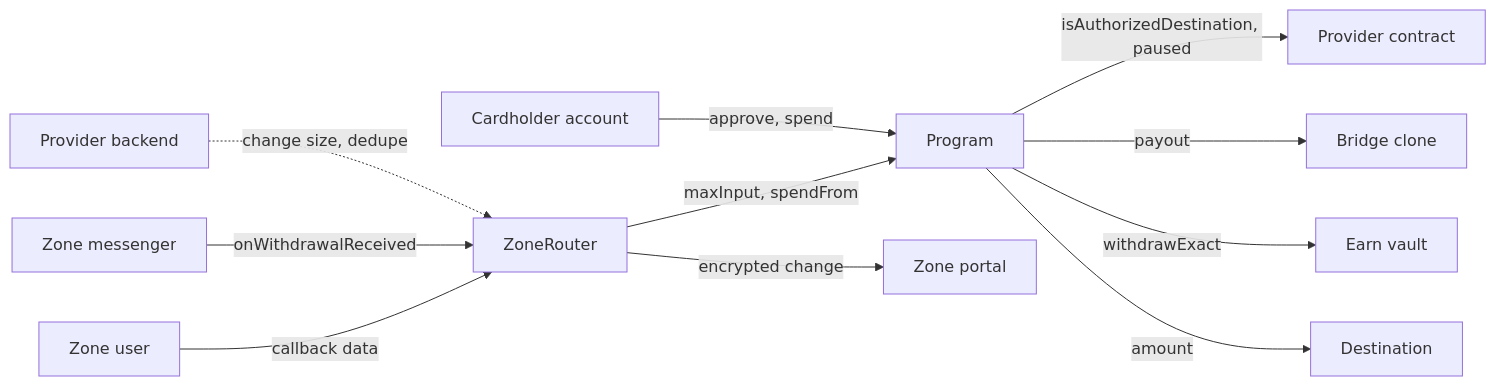
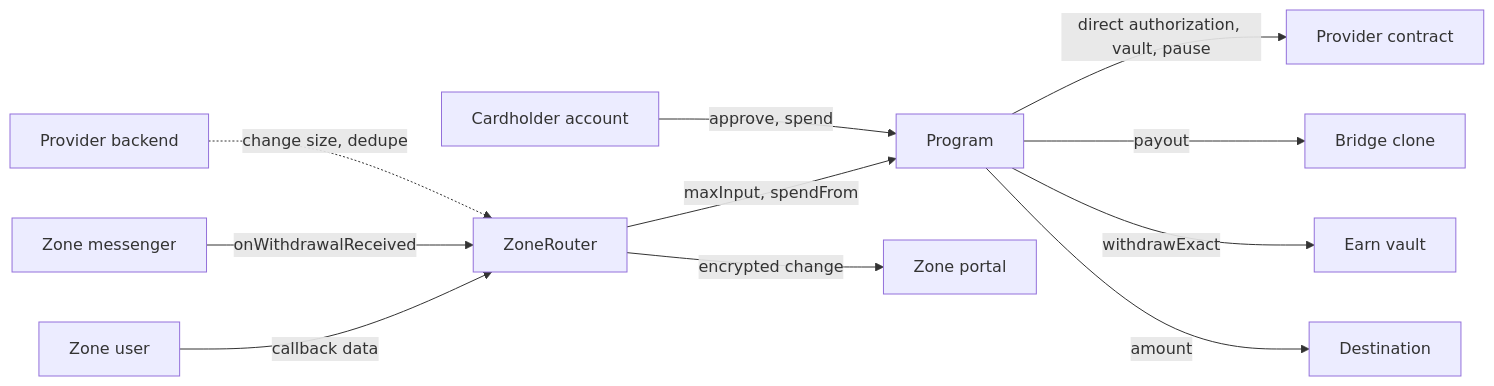
Before and after one commit to tempoxyz/contracts: the second of 3 diagrams in docs/threat-models/card-spend.md, drawn with Mermaid. The commit also changed other lines of this file, not shown here.

Commit message:
docs(threat-model): [card-spend] correct provider authority and settlement

````diff
--- a/docs/threat-models/card-spend.md
+++ b/docs/threat-models/card-spend.md
@@ -157,13 +161,13 @@
 ```mermaid
 flowchart LR
   ZU["Zone user"] -->|"callback data"| RT["ZoneRouter"]
   MS["Zone messenger"] -->|"onWithdrawalReceived"| RT
   RT -->|"maxInput, spendFrom"| CS["Program"]
   CA["Cardholder account"] -->|"approve, spend"| CS
-  CS -->|"isAuthorizedDestination, paused"| PV["Provider contract"]
+  CS -->|"direct authorization, vault, pause"| PV["Provider contract"]
   CS -->|"payout"| PT["Bridge clone"]
   CS -->|"withdrawExact"| EV["Earn vault"]
   CS -->|"amount"| DS["Destination"]
   RT -->|"encrypted change"| PO["Zone portal"]
   PB["Provider backend"] -.->|"change size, dedupe"| RT
 ```
````
